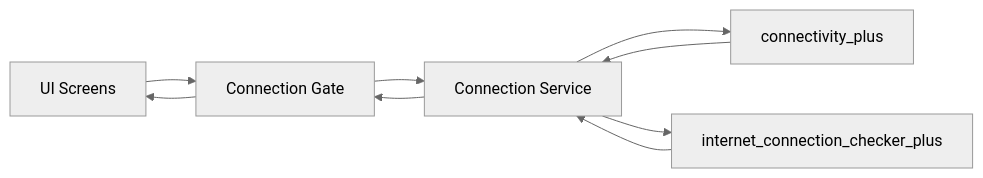
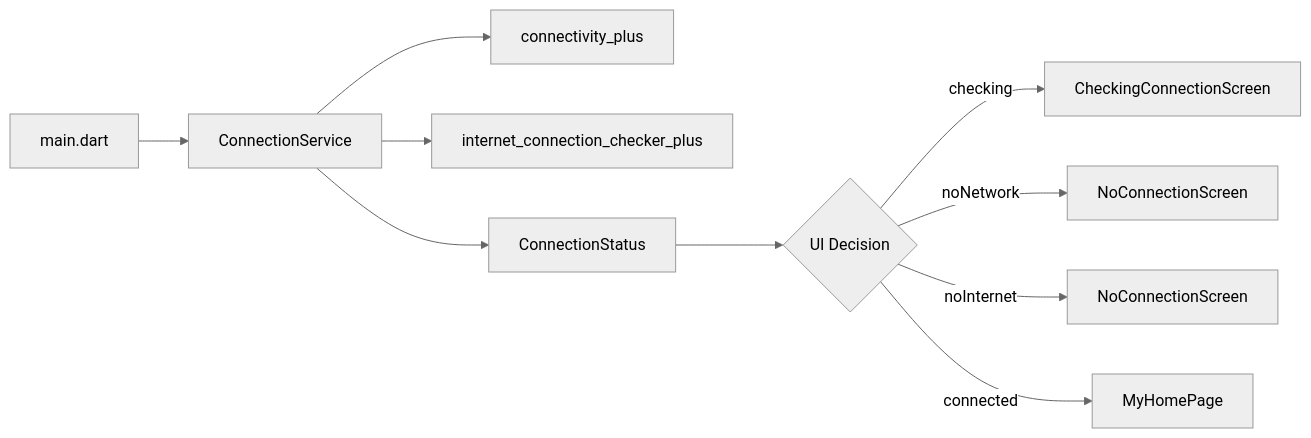
The second of 3 diagrams in README.md (MOMEN56/connection_test), drawn with Mermaid (neutral theme) before and after one commit. The commit also changed other lines of this file, not shown here.

First line of the commit message:
Update README for better clarity on connection UX

````diff
--- a/README.md
+++ b/README.md
@@ -138,12 +168,15 @@
 ```mermaid
 flowchart LR
-    UI[UI Screens] --> Gate[Connection Gate]
-    Gate --> Service[Connection Service]
-    Service --> Connectivity[connectivity_plus]
-    Service --> InternetChecker[internet_connection_checker_plus]
+    A[main.dart] --> B[ConnectionService]
+    B --> C[connectivity_plus]
+    B --> D[internet_connection_checker_plus]
 
-    Connectivity --> Service
-    InternetChecker --> Service
-    Service --> Gate
-    Gate --> UI
+    B --> E[ConnectionStatus]
+
+    E --> F{UI Decision}
+
+    F -->|checking| G[CheckingConnectionScreen]
+    F -->|noNetwork| H[NoConnectionScreen]
+    F -->|noInternet| I[NoConnectionScreen]
+    F -->|connected| J[MyHomePage]
 ```
````
